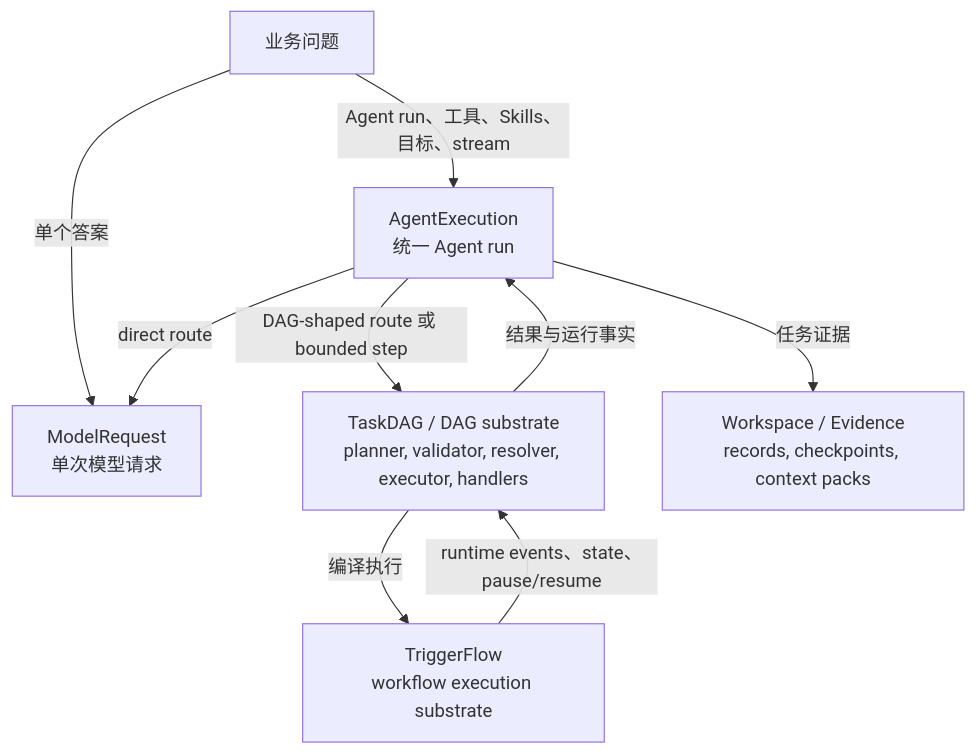
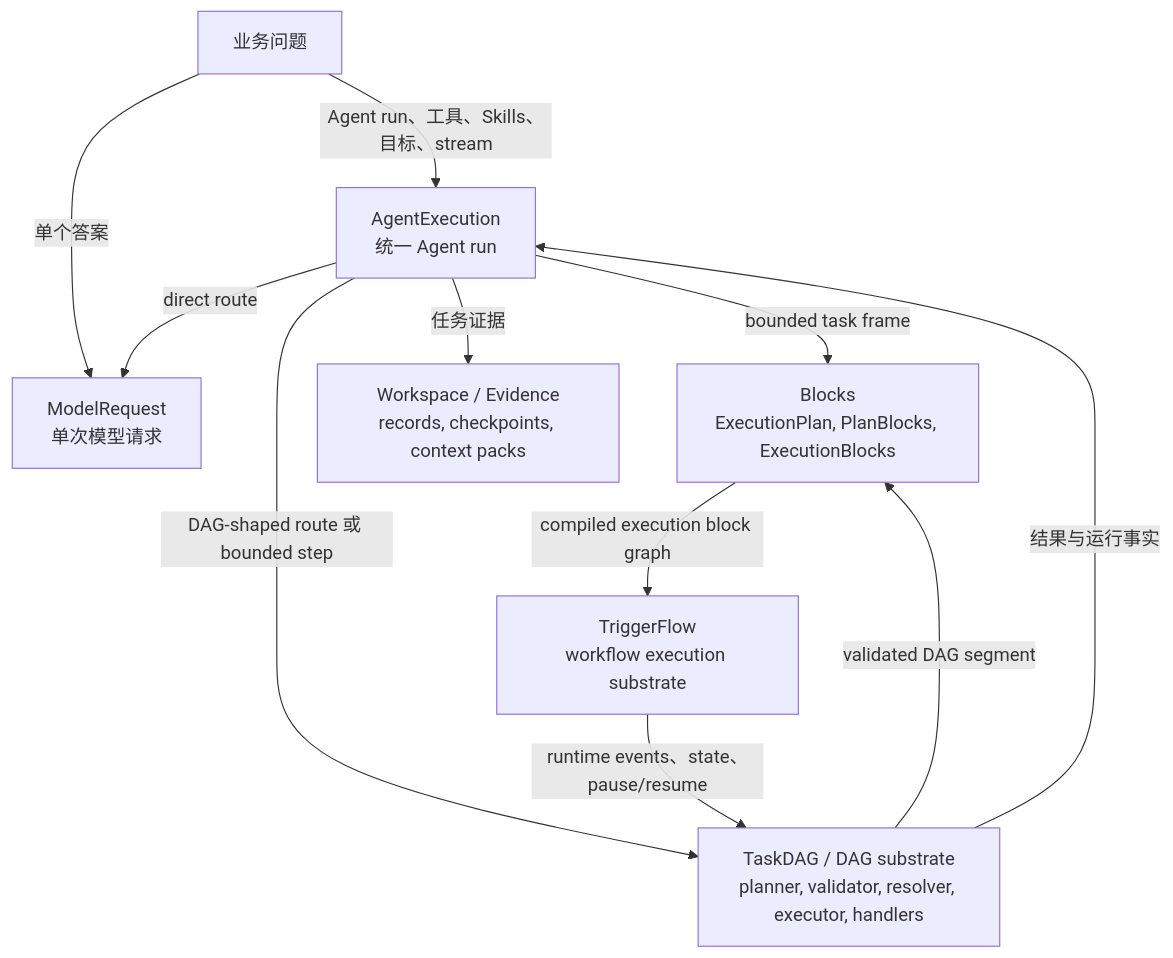
The first of 2 diagrams in docs/cn/reference/execution-layer-selection.md (reconsumeralization/Agently), drawn with Mermaid before and after one commit. The commit also changed other lines of this file and 12 other files, not shown here.

Commit message:
docs: document lifecycle block execution

````diff
--- a/docs/cn/reference/execution-layer-selection.md
+++ b/docs/cn/reference/execution-layer-selection.md
@@ -18,18 +18,21 @@
 ```mermaid
 flowchart TD
     business["业务问题"]
     model_request["ModelRequest\n单次模型请求"]
     agent_execution["AgentExecution\n统一 Agent run"]
     task_dag["TaskDAG / DAG substrate\nplanner, validator, resolver, executor, handlers"]
+    blocks["Blocks\nExecutionPlan, PlanBlocks, ExecutionBlocks"]
     triggerflow["TriggerFlow\nworkflow execution substrate"]
     workspace["Workspace / Evidence\nrecords, checkpoints, context packs"]
 
     business -->|"单个答案"| model_request
     business -->|"Agent run、工具、Skills、目标、stream"| agent_execution
     agent_execution -->|"direct route"| model_request
+    agent_execution -->|"bounded task frame"| blocks
     agent_execution -->|"DAG-shaped route 或 bounded step"| task_dag
-    task_dag -->|"编译执行"| triggerflow
+    task_dag -->|"validated DAG segment"| blocks
+    blocks -->|"compiled execution block graph"| triggerflow
     agent_execution -->|"任务证据"| workspace
     task_dag -->|"结果与运行事实"| agent_execution
     triggerflow -->|"runtime events、state、pause/resume"| task_dag
 ```
````
